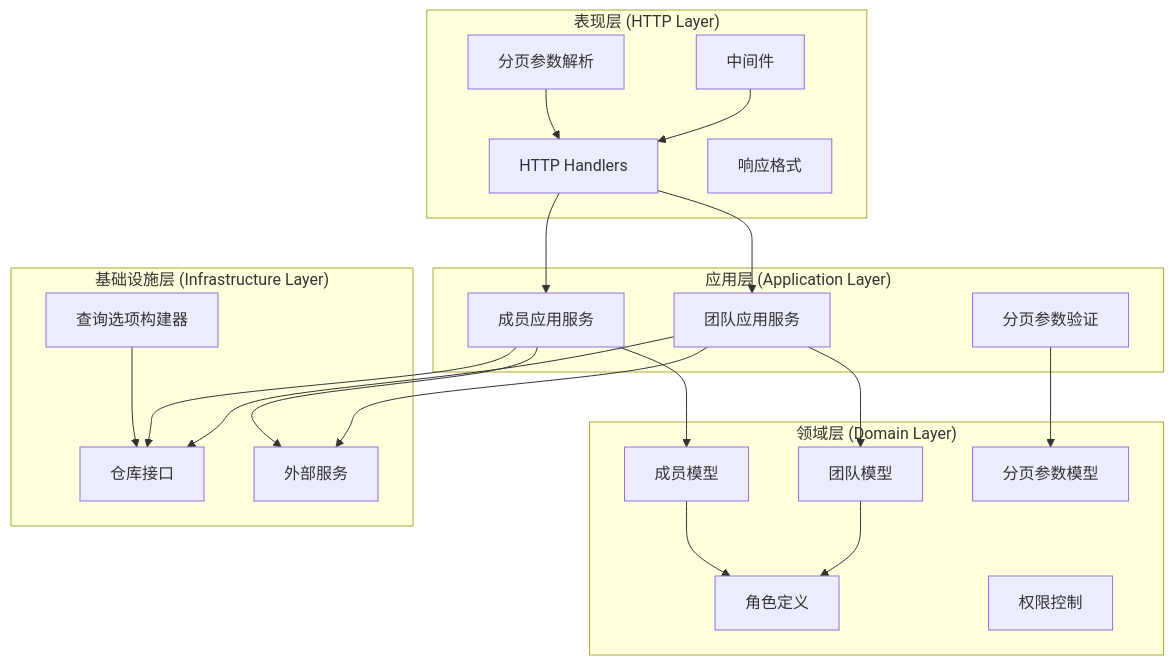
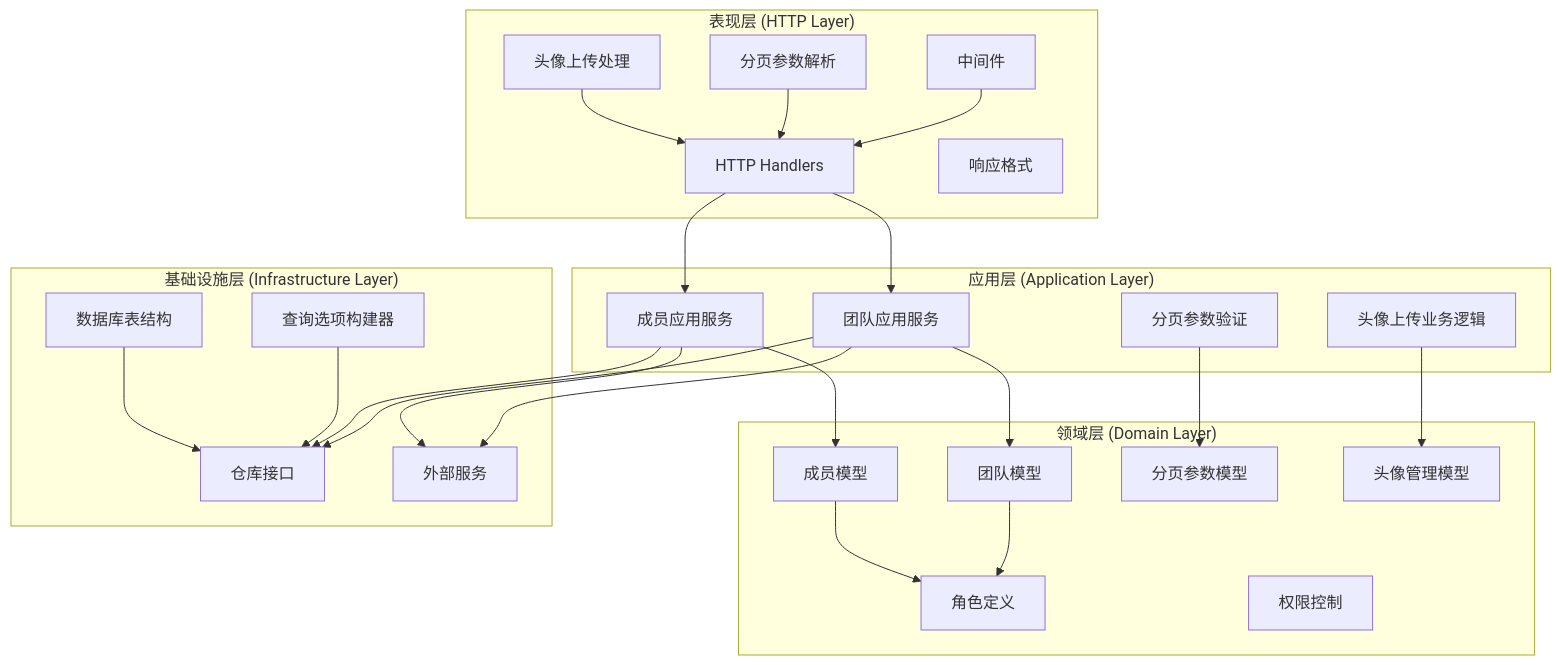
The first of 6 diagrams in .qoder/repowiki/zh/content/API 接口文档/团队管理接口.md (ATOMLubover/poprako), drawn with Mermaid before and after one commit. The commit also changed other lines of this file and 5 other files, not shown here.

````diff
--- a/.qoder/repowiki/zh/content/API 接口文档/团队管理接口.md
+++ b/.qoder/repowiki/zh/content/API 接口文档/团队管理接口.md
@@ -52,40 +56,47 @@
 ```mermaid
 graph TB
 subgraph "表现层 (HTTP Layer)"
 A[HTTP Handlers]
 B[中间件]
 C[响应格式]
 D[分页参数解析]
+E[头像上传处理]
 end
 subgraph "应用层 (Application Layer)"
-E[团队应用服务]
-F[成员应用服务]
-G[分页参数验证]
+F[团队应用服务]
+G[成员应用服务]
+H[分页参数验证]
+I[头像上传业务逻辑]
 end
 subgraph "领域层 (Domain Layer)"
-H[团队模型]
-I[成员模型]
-J[角色定义]
-K[权限控制]
-L[分页参数模型]
+J[团队模型]
+K[成员模型]
+L[角色定义]
+M[权限控制]
+N[分页参数模型]
+O[头像管理模型]
 end
 subgraph "基础设施层 (Infrastructure Layer)"
-M[仓库接口]
-N[外部服务]
-O[查询选项构建器]
+P[仓库接口]
+Q[外部服务]
+R[查询选项构建器]
+S[数据库表结构]
 end
-A --> E
 A --> F
+A --> G
 B --> A
 D --> A
-E --> H
-F --> I
-H --> J
-I --> J
-E --> M
-F --> M
-E --> N
-F --> N
-G --> L
-O --> M
+E --> A
+F --> J
+G --> K
+J --> L
+K --> L
+F --> P
+G --> P
+F --> Q
+G --> Q
+H --> N
+I --> O
+R --> P
+S --> P
 ```
````
